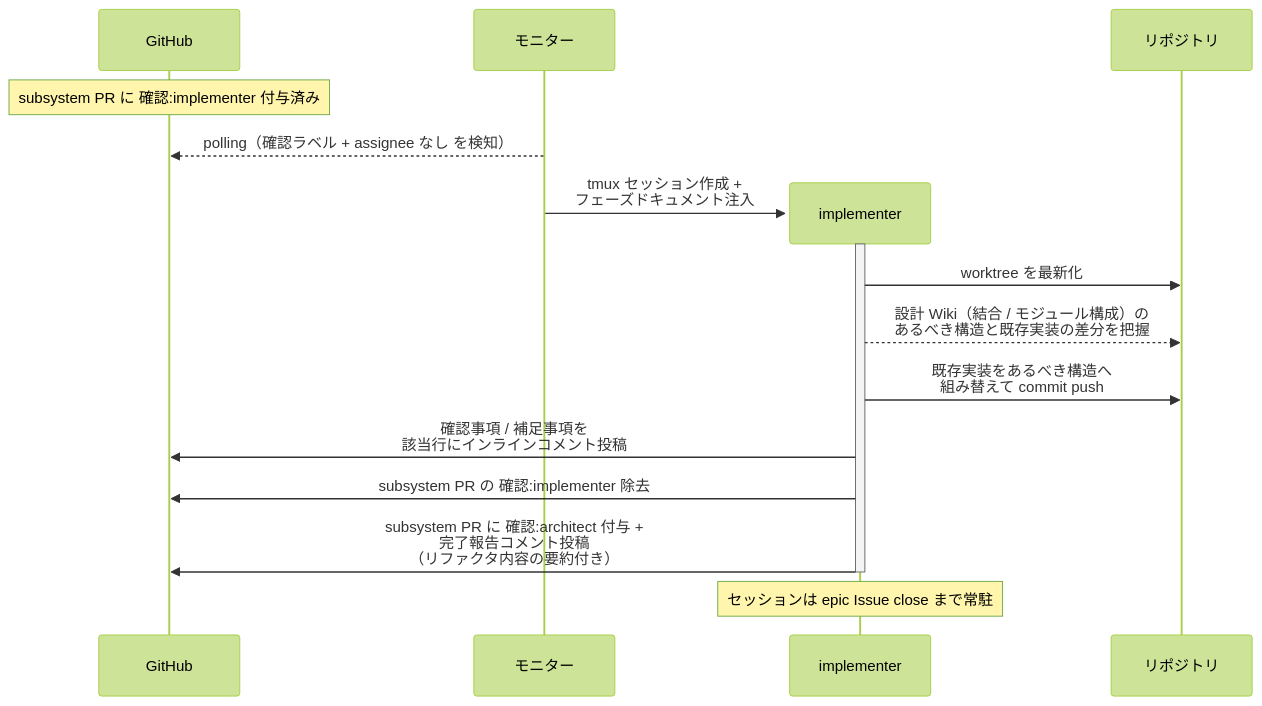
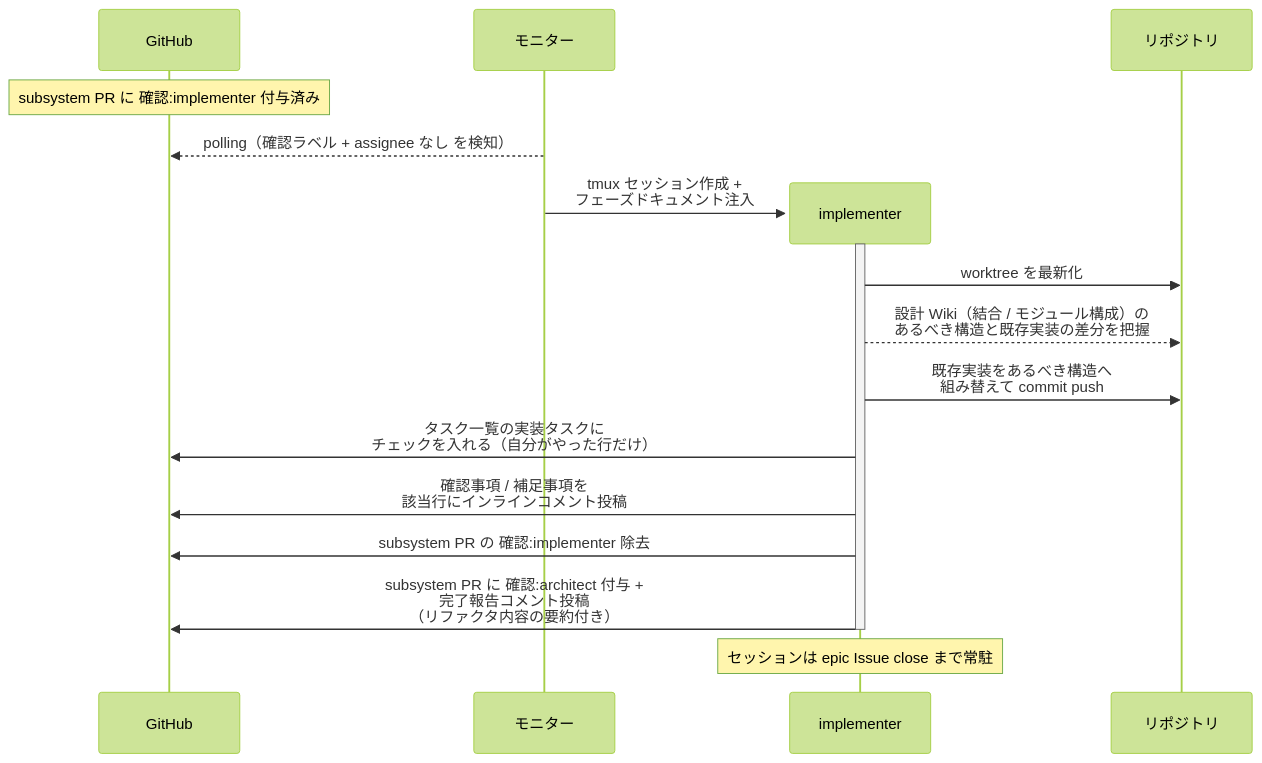
The second of 3 diagrams in docs/wiki/設計図/シナリオ/単一ユースケース/実装.md (shuhei1101/ai-monitor), drawn with Mermaid (forest theme) before and after one commit. The commit also changed other lines of this file and 77 other files, not shown here.

````diff
--- a/docs/wiki/設計図/シナリオ/単一ユースケース/実装.md
+++ b/docs/wiki/設計図/シナリオ/単一ユースケース/実装.md
@@ -72,20 +75,21 @@
 ```mermaid
 sequenceDiagram
   participant GH as GitHub
   participant ORC as モニター
 
   Note over GH: subsystem PR に 確認:implementer 付与済み
   ORC-->>GH: polling（確認ラベル + assignee なし を検知）
   create participant MON as implementer
   ORC->>MON: tmux セッション作成 +<br>フェーズドキュメント注入
   participant REPO as リポジトリ
   activate MON
   MON->>REPO: worktree を最新化
   MON-->>REPO: 設計 Wiki（結合 / モジュール構成）の<br>あるべき構造と既存実装の差分を把握
   MON->>REPO: 既存実装をあるべき構造へ<br>組み替えて commit push
+  MON->>GH: タスク一覧の実装タスクに<br>チェックを入れる（自分がやった行だけ）
   MON->>GH: 確認事項 / 補足事項を<br>該当行にインラインコメント投稿
   MON->>GH: subsystem PR の 確認:implementer 除去
   MON->>GH: subsystem PR に 確認:architect 付与 +<br>完了報告コメント投稿<br>（リファクタ内容の要約付き）
   deactivate MON
   Note over MON: セッションは epic Issue close まで常駐
 ```
````
